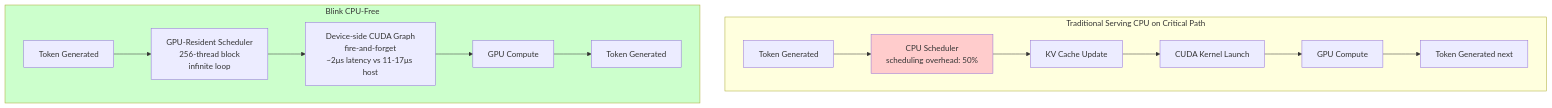
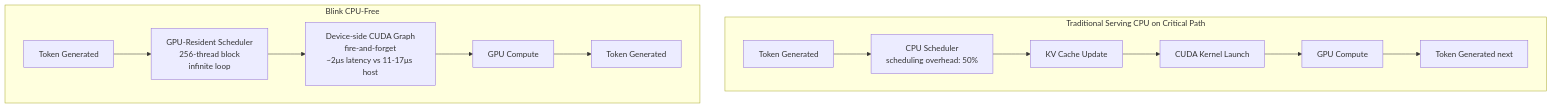
Before and after one commit to farhanshaikh-fslabs/anatomy-of-inference-serving: diagram 33 of 39 in README.md, drawn with Mermaid. The commit also changed other lines of this file, not shown here.

````diff
--- a/README.md
+++ b/README.md
@@ -1449,33 +1449,33 @@
 ```mermaid
 graph TB
     subgraph Trad["Traditional Serving CPU on Critical Path"]
         TGen["Token Generated"]
         TCPU["CPU Scheduler<br/>scheduling overhead: 50%"]
         TKV["KV Cache Update"]
         TKernel["CUDA Kernel Launch"]
         TGPU["GPU Compute"]
         TGen2["Token Generated next"]
         
         TGen --> TCPU
         TCPU --> TKV
         TKV --> TKernel
         TKernel --> TGPU
         TGPU --> TGen2
     end
     
     subgraph BlinkArch["Blink CPU-Free"]
         BGen["Token Generated"]
         BPersist["GPU-Resident Scheduler<br/>256-thread block<br/>infinite loop"]
         BLaunch["Device-side CUDA Graph<br/>fire-and-forget<br/>~2μs latency vs 11-17μs host"]
         BGPU["GPU Compute"]
         BGen2["Token Generated"]
         
         BGen --> BPersist
         BPersist --> BLaunch
         BLaunch --> BGPU
         BGPU --> BGen2
     end
     
-    style TCPU fill:#ffcccc
-    style BlinkArch fill:#ccffcc
+
+
 ```
````
